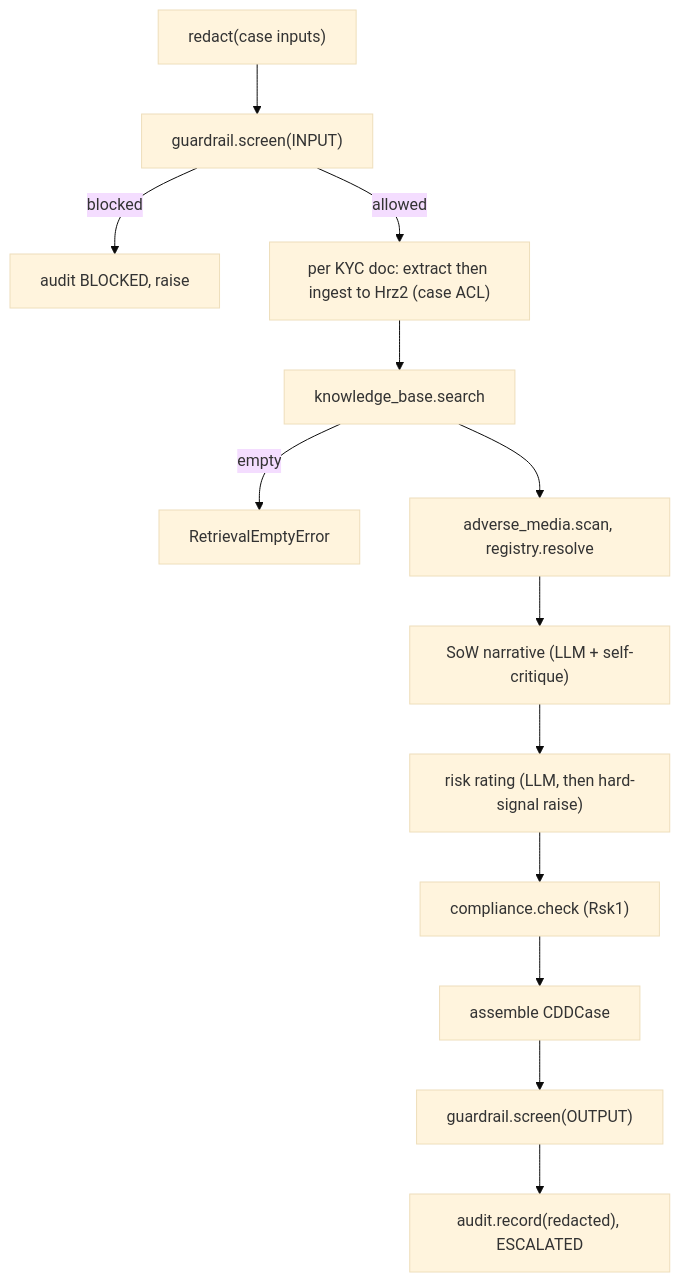
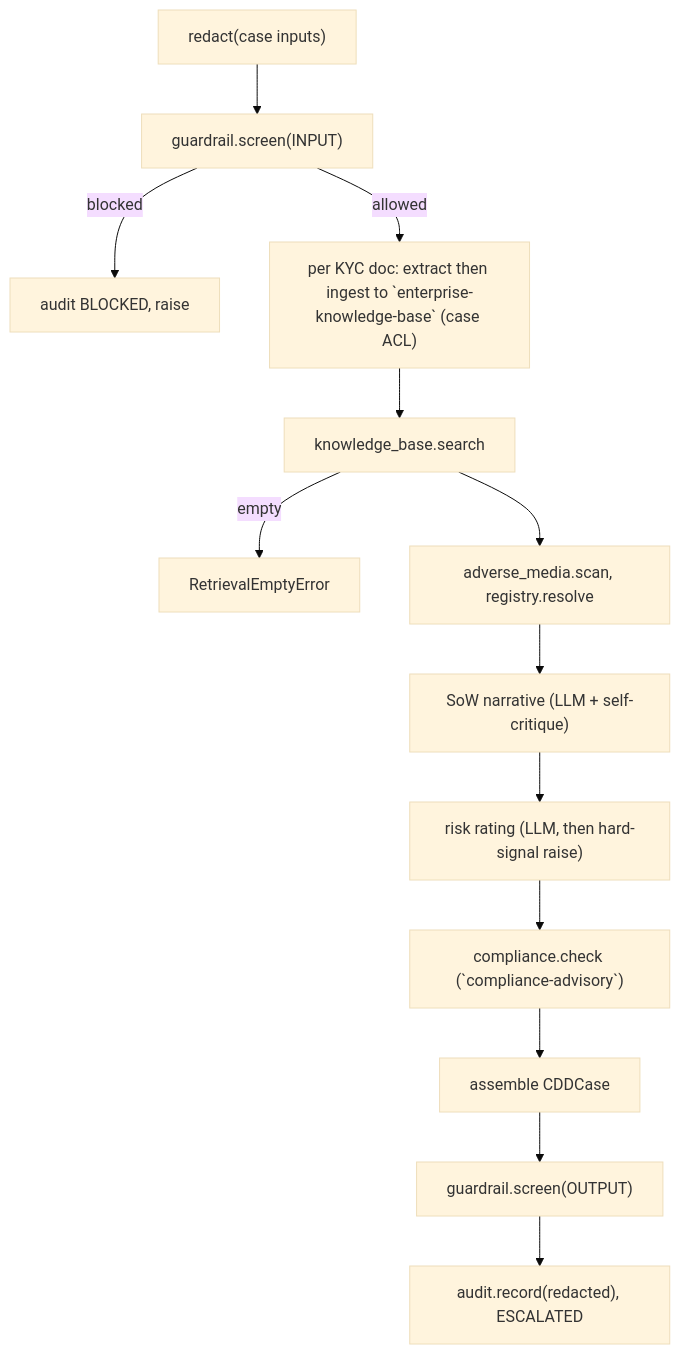
The second of 5 diagrams in ARCHITECTURE.md (portable-genai/cdd-sow-research), drawn with Mermaid (base theme) before and after one commit. The commit also changed other lines of this file and 107 other files, not shown here.

````diff
--- a/ARCHITECTURE.md
+++ b/ARCHITECTURE.md
@@ -150,15 +150,15 @@
 ```mermaid
 flowchart TD
     redact["redact(case inputs)"] --> screenIn["guardrail.screen(INPUT)"]
     screenIn -->|blocked| blockedAudit["audit BLOCKED, raise"]
-    screenIn -->|allowed| ingest["per KYC doc: extract then ingest to Hrz2 (case ACL)"]
+    screenIn -->|allowed| ingest["per KYC doc: extract then ingest to `enterprise-knowledge-base` (case ACL)"]
     ingest --> search["knowledge_base.search"]
     search -->|empty| emptyErr["RetrievalEmptyError"]
     search --> research["adverse_media.scan, registry.resolve"]
     research --> sow["SoW narrative (LLM + self-critique)"]
     sow --> risk["risk rating (LLM, then hard-signal raise)"]
-    risk --> comp["compliance.check (Rsk1)"]
+    risk --> comp["compliance.check (`compliance-advisory`)"]
     comp --> assemble["assemble CDDCase"]
     assemble --> screenOut["guardrail.screen(OUTPUT)"]
     screenOut --> audit["audit.record(redacted), ESCALATED"]
 ```
````
